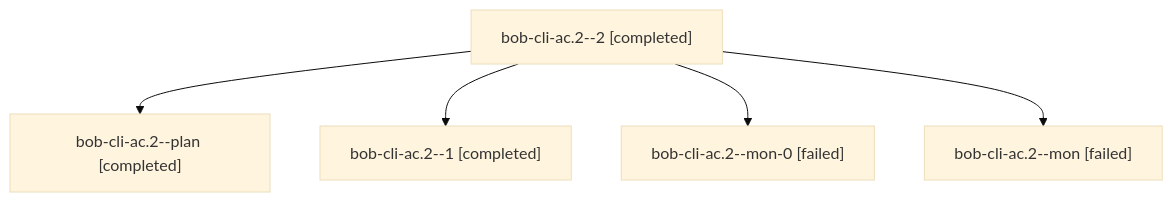
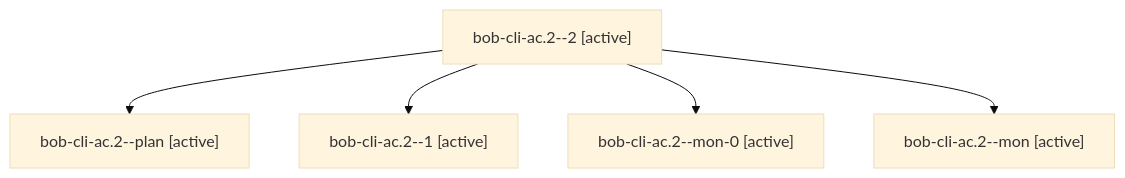
The diagram in sessions/bbugyi200.apollo.bob-cli-ac.2.md (bobs-org/bob-cli--agents), drawn with Mermaid (base theme) before and after one commit. The commit also changed other lines of this file and 1837 other files, not shown here.

````diff
--- a/sessions/bbugyi200.apollo.bob-cli-ac.2.md
+++ b/sessions/bbugyi200.apollo.bob-cli-ac.2.md
@@ -9,12 +9,12 @@
 ```mermaid
 flowchart TD
-  n0["bob-cli-ac.2--2 [completed]"]
-  n1["bob-cli-ac.2--plan [completed]"]
+  n0["bob-cli-ac.2--2 [active]"]
+  n1["bob-cli-ac.2--plan [active]"]
   n0 --> n1
-  n2["bob-cli-ac.2--1 [completed]"]
+  n2["bob-cli-ac.2--1 [active]"]
   n0 --> n2
-  n3["bob-cli-ac.2--mon-0 [failed]"]
+  n3["bob-cli-ac.2--mon-0 [active]"]
   n0 --> n3
-  n4["bob-cli-ac.2--mon [failed]"]
+  n4["bob-cli-ac.2--mon [active]"]
   n0 --> n4
 ```
````
